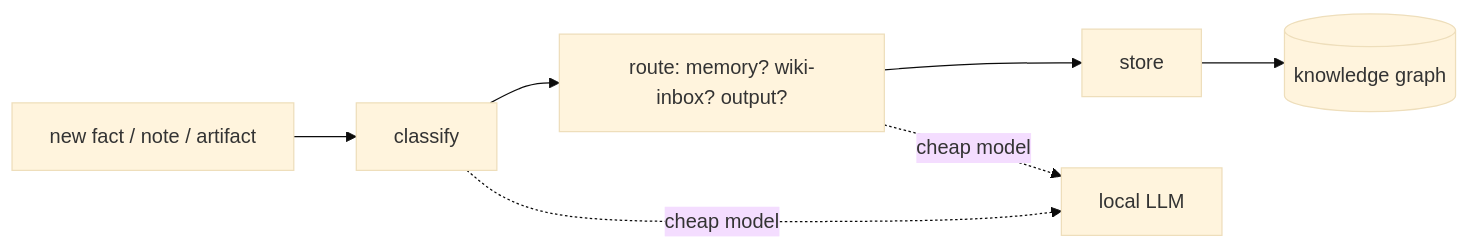
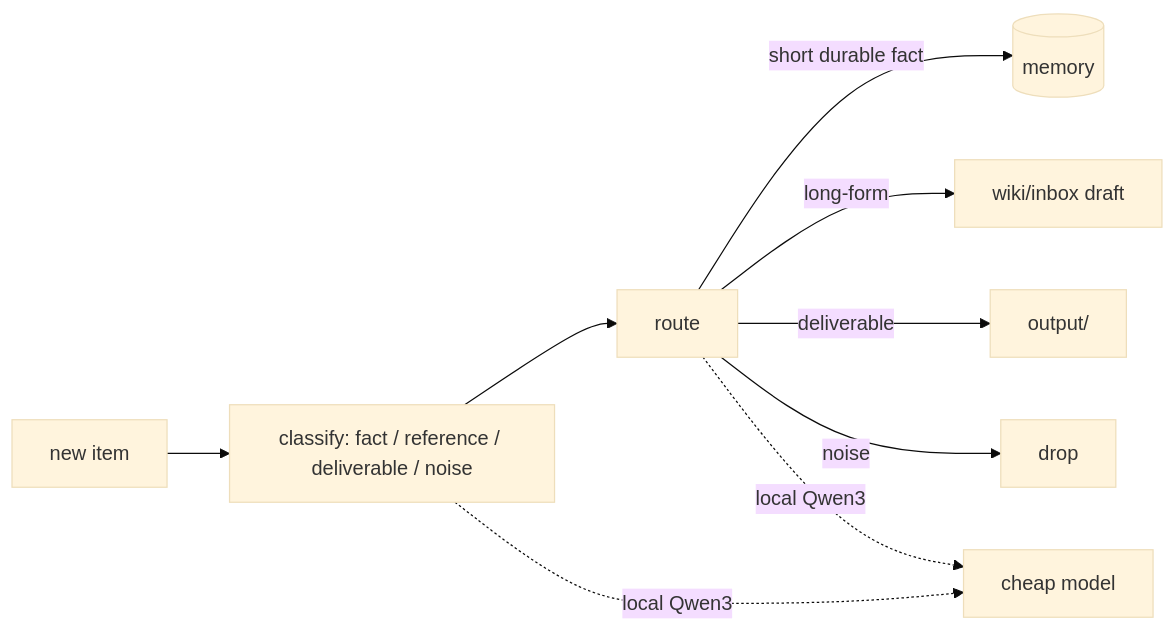
Before and after one commit to iracic82/agentic-os-architecture: the second of 2 diagrams in docs/ARCHITECTURE.md, drawn with Mermaid (base theme). The commit also changed other lines of this file and 4 other files, not shown here.

````diff
--- a/docs/ARCHITECTURE.md
+++ b/docs/ARCHITECTURE.md
@@ -25,9 +46,11 @@
 ```mermaid
 flowchart LR
-  I[new fact / note / artifact] --> C[classify]
-  C --> R[route: memory? wiki-inbox? output?]
-  R --> S[store]
-  S --> G[(knowledge graph)]
-  C -.cheap model.-> L[local LLM]
-  R -.cheap model.-> L
+  IN[new item] --> CL[classify: fact / reference / deliverable / noise]
+  CL --> RO[route]
+  RO -->|short durable fact| MEM[(memory)]
+  RO -->|long-form| INBOX[wiki/inbox draft]
+  RO -->|deliverable| OUT[output/]
+  RO -->|noise| X[drop]
+  CL -.local Qwen3.-> LLM[cheap model]
+  RO -.local Qwen3.-> LLM
 ```
````
